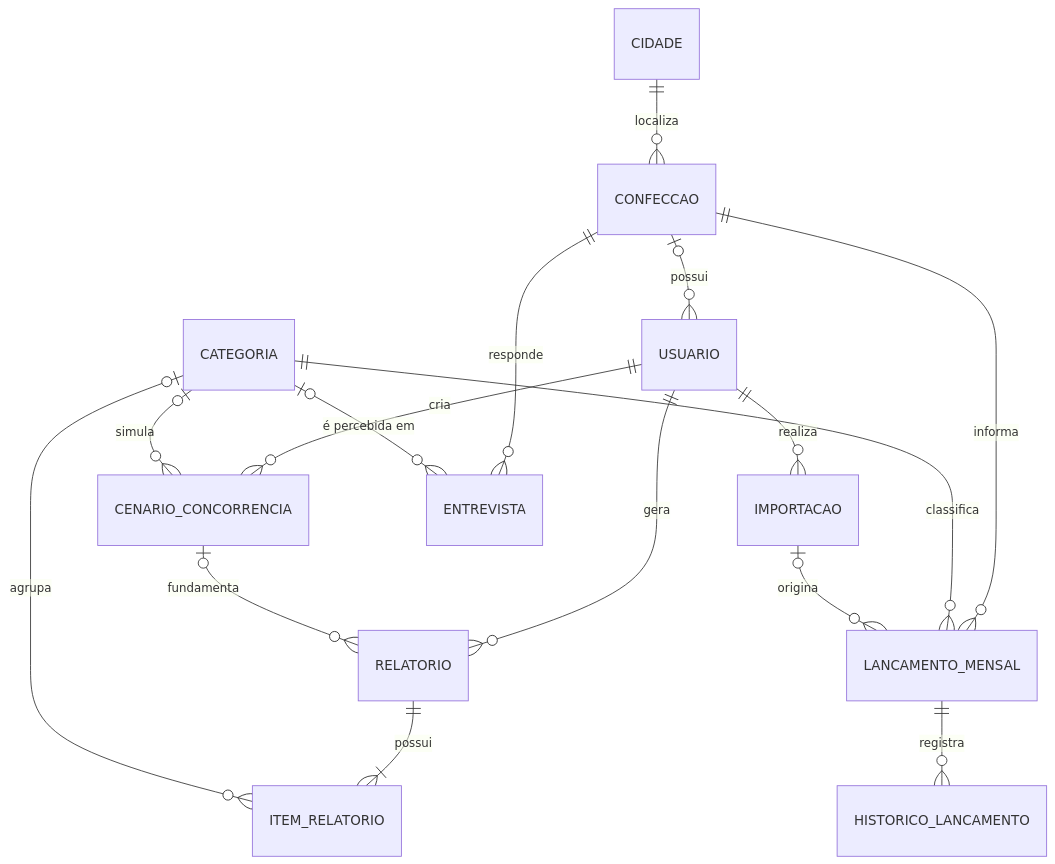
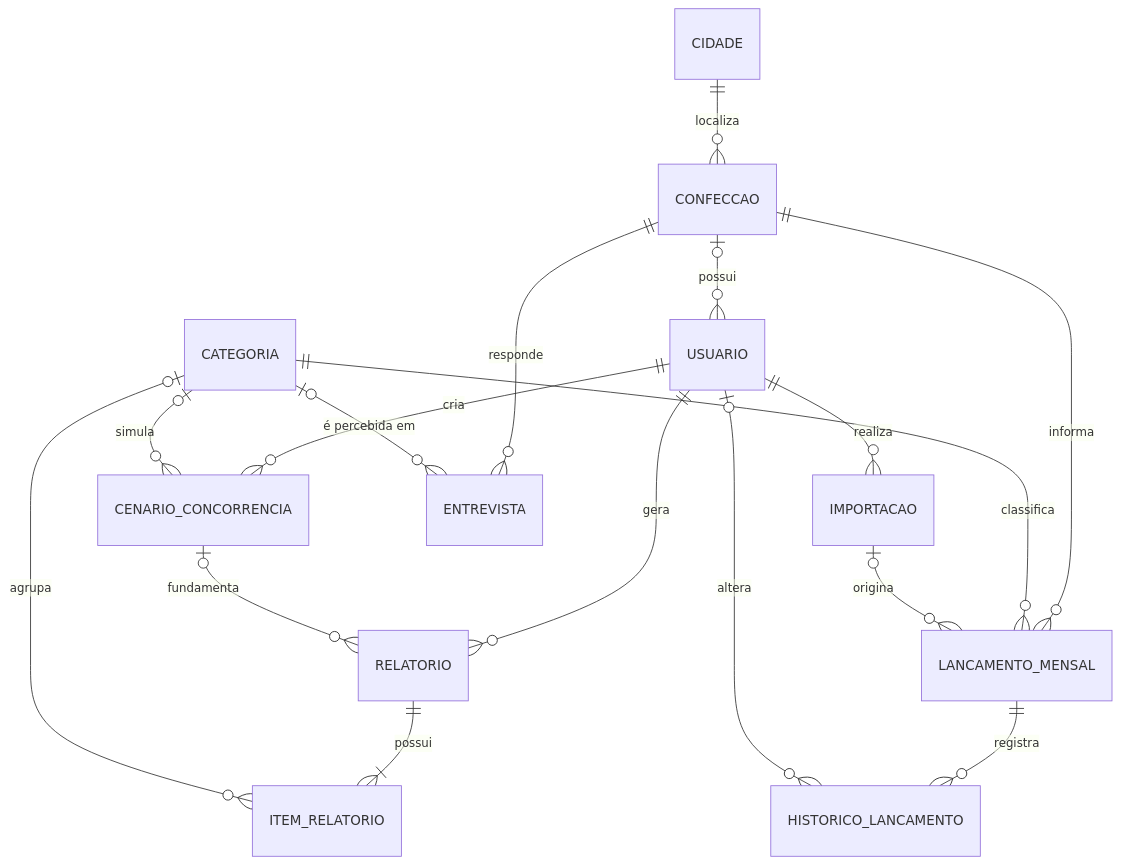
Before and after one commit to AstralCommits/Banco-de-Dados: the first of 2 diagrams in README.md, drawn with Mermaid. The commit also changed other lines of this file and 10 other files, not shown here.

````diff
--- a/README.md
+++ b/README.md
@@ -9,18 +9,19 @@
 ```mermaid
 erDiagram
     CIDADE ||--o{ CONFECCAO : localiza
     CONFECCAO |o--o{ USUARIO : possui
     CONFECCAO ||--o{ LANCAMENTO_MENSAL : informa
     CATEGORIA ||--o{ LANCAMENTO_MENSAL : classifica
     IMPORTACAO |o--o{ LANCAMENTO_MENSAL : origina
     USUARIO ||--o{ IMPORTACAO : realiza
     USUARIO ||--o{ CENARIO_CONCORRENCIA : cria
     USUARIO ||--o{ RELATORIO : gera
     CATEGORIA |o--o{ CENARIO_CONCORRENCIA : simula
     CENARIO_CONCORRENCIA |o--o{ RELATORIO : fundamenta
     RELATORIO ||--|{ ITEM_RELATORIO : possui
     CATEGORIA |o--o{ ITEM_RELATORIO : agrupa
     CONFECCAO ||--o{ ENTREVISTA : responde
     CATEGORIA |o--o{ ENTREVISTA : "é percebida em"
     LANCAMENTO_MENSAL ||--o{ HISTORICO_LANCAMENTO : registra
+    USUARIO |o--o{ HISTORICO_LANCAMENTO : altera
 ```
````
